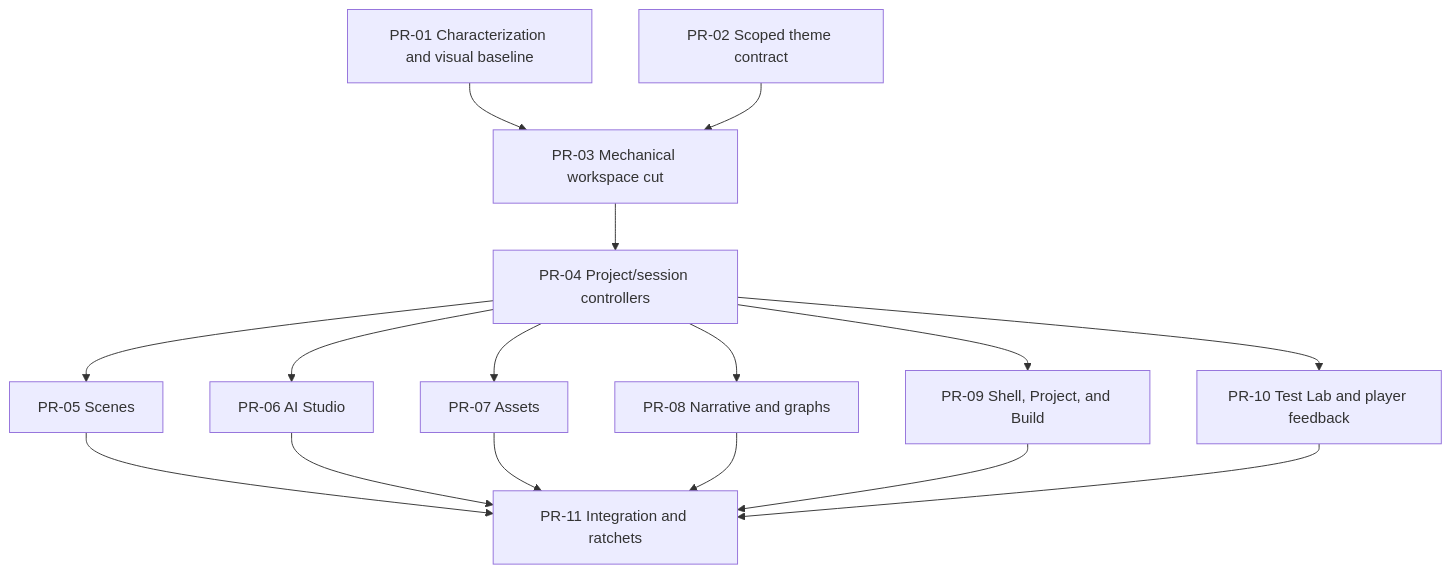
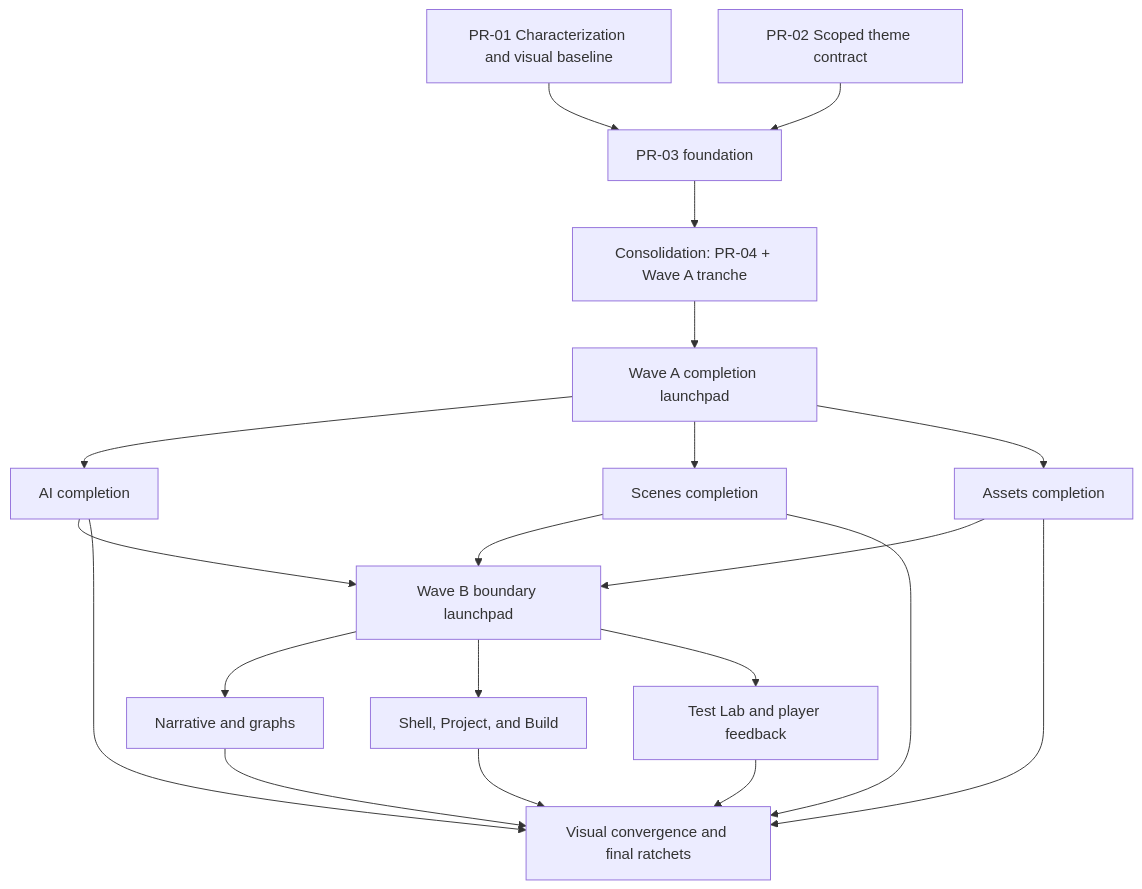
Before and after one commit to danieleforte92/PointAndClickEngine: the diagram in docs/superpowers/plans/2026-07-14-editor-modularization-visual-convergence-roadmap.md, drawn with Mermaid. The commit also changed other lines of this file and 32 other files, not shown here.

````diff
--- a/docs/superpowers/plans/2026-07-14-editor-modularization-visual-convergence-roadmap.md
+++ b/docs/superpowers/plans/2026-07-14-editor-modularization-visual-convergence-roadmap.md
@@ -189,30 +251,36 @@
 ```mermaid
 flowchart TD
   P1["PR-01 Characterization and visual baseline"]
   P2["PR-02 Scoped theme contract"]
-  P3["PR-03 Mechanical workspace cut"]
-  P4["PR-04 Project/session controllers"]
-  P5["PR-05 Scenes"]
-  P6["PR-06 AI Studio"]
-  P7["PR-07 Assets"]
-  P8["PR-08 Narrative and graphs"]
-  P9["PR-09 Shell, Project, and Build"]
-  P10["PR-10 Test Lab and player feedback"]
-  P11["PR-11 Integration and ratchets"]
+  P3["PR-03 foundation"]
+  C1["Consolidation: PR-04 + Wave A tranche"]
+  LA["Wave A completion launchpad"]
+  P5["AI completion"]
+  P6["Scenes completion"]
+  P7["Assets completion"]
+  LB["Wave B boundary launchpad"]
+  P8["Narrative and graphs"]
+  P9["Shell, Project, and Build"]
+  P10["Test Lab and player feedback"]
+  P11["Visual convergence and final ratchets"]
 
   P1 --> P3
   P2 --> P3
-  P3 --> P4
-  P4 --> P5
-  P4 --> P6
-  P4 --> P7
-  P4 --> P8
-  P4 --> P9
-  P4 --> P10
+  P3 --> C1
+  C1 --> LA
+  LA --> P5
+  LA --> P6
+  LA --> P7
+  P5 --> LB
+  P6 --> LB
+  P7 --> LB
+  LB --> P8
+  LB --> P9
+  LB --> P10
   P5 --> P11
   P6 --> P11
   P7 --> P11
   P8 --> P11
   P9 --> P11
   P10 --> P11
 ```
````
